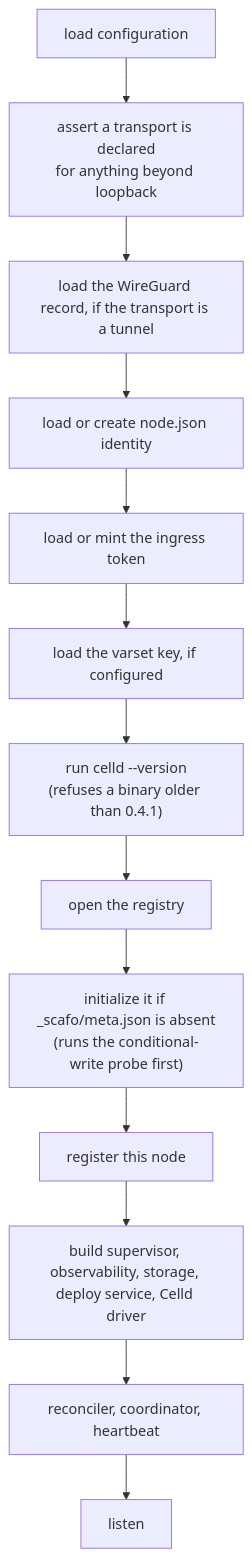
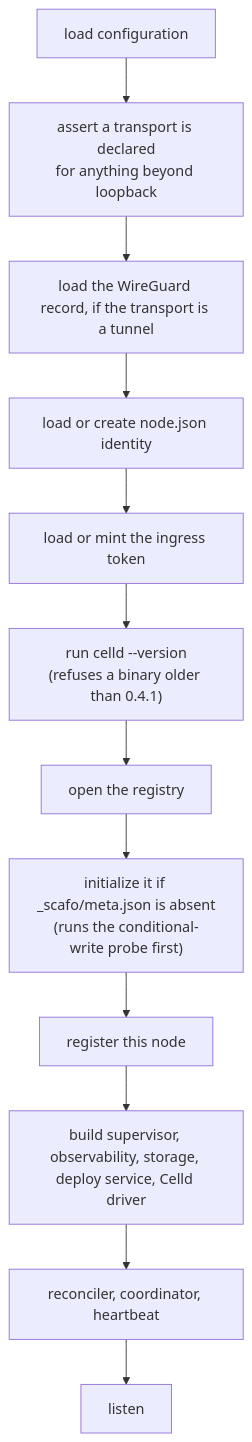
Before and after one commit to sandros94/scafo-docs: the diagram in 1.docs/30.operations.md, drawn with Mermaid. The commit also changed 16 other files, not shown here.

````diff
--- a/1.docs/30.operations.md
+++ b/1.docs/30.operations.md
@@ -11,15 +11,14 @@
 ```mermaid
 flowchart TD
   cfg["load configuration"] --> tr["assert a transport is declared<br/>for anything beyond loopback"]
   tr --> wg["load the WireGuard record, if the transport is a tunnel"]
   wg --> id["load or create node.json identity"]
   id --> tok["load or mint the ingress token"]
-  tok --> vk["load the varset key, if configured"]
-  vk --> ver["run celld --version<br/>(refuses a binary older than 0.4.1)"]
+  tok --> ver["run celld --version<br/>(refuses a binary older than 0.4.1)"]
   ver --> reg["open the registry"]
   reg --> init["initialize it if _scafo/meta.json is absent<br/>(runs the conditional-write probe first)"]
   init --> rn["register this node"]
   rn --> svc["build supervisor, observability, storage, deploy service, Celld driver"]
   svc --> loops["reconciler, coordinator, heartbeat"]
   loops --> listen["listen"]
 ```
````
